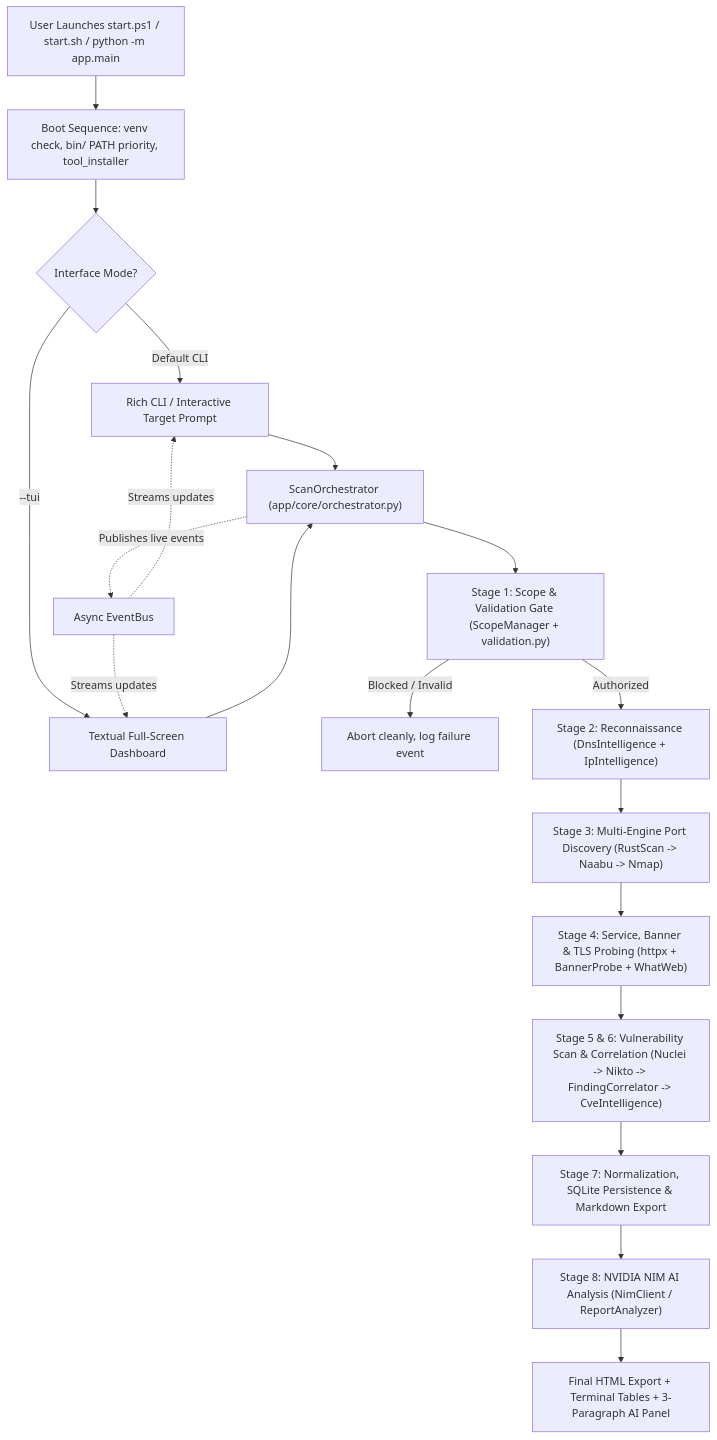
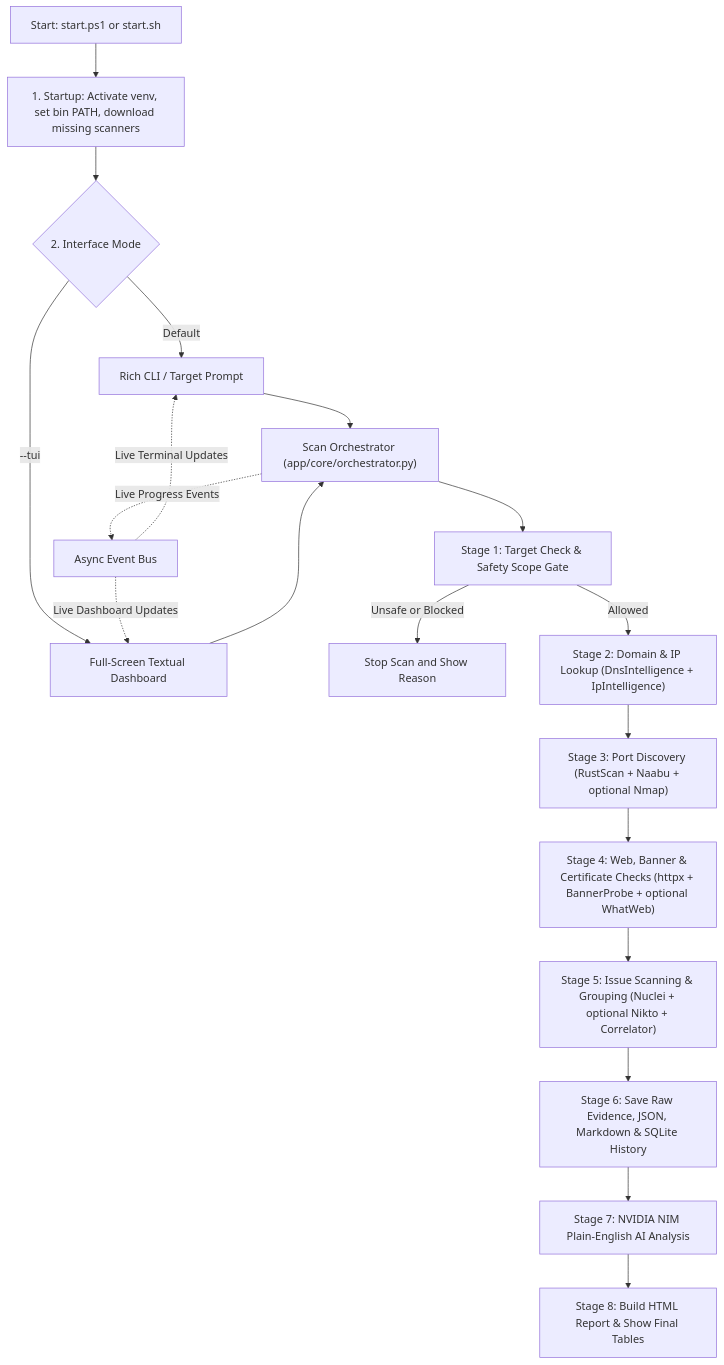
Before and after one commit to weanonymous01/RootScan: the diagram in README.md, drawn with Mermaid. The commit also changed other lines of this file, not shown here.

Commit message:
Simplify README with cleaner spacing, plain English, and AI overview example

````diff
--- a/README.md
+++ b/README.md
@@ -50,24 +78,26 @@
 ```mermaid
 flowchart TD
-    START["User Launches start.ps1 / start.sh / python -m app.main"] --> BOOT["Boot Sequence: venv check, bin/ PATH priority, tool_installer"]
-    BOOT --> MODE{"Interface Mode?"}
-    MODE -- "Default CLI" --> CLI["Rich CLI / Interactive Target Prompt"]
-    MODE -- "--tui" --> TUI["Textual Full-Screen Dashboard"]
-    CLI --> ORCH["ScanOrchestrator (app/core/orchestrator.py)"]
+    START["Start: start.ps1 or start.sh"] --> BOOT["1. Startup: Activate venv, set bin PATH, download missing scanners"]
+    BOOT --> UI{"2. Interface Mode"}
+
+    UI -- "Default" --> CLI["Rich CLI / Target Prompt"]
+    UI -- "--tui" --> TUI["Full-Screen Textual Dashboard"]
+
+    CLI --> ORCH["Scan Orchestrator (app/core/orchestrator.py)"]
     TUI --> ORCH
 
-    ORCH --> S1["Stage 1: Scope & Validation Gate (ScopeManager + validation.py)"]
-    S1 -- "Blocked / Invalid" --> REJECT["Abort cleanly, log failure event"]
-    S1 -- "Authorized" --> S2["Stage 2: Reconnaissance (DnsIntelligence + IpIntelligence)"]
+    ORCH --> S1["Stage 1: Target Check & Safety Scope Gate"]
+    S1 -- "Unsafe or Blocked" --> STOP["Stop Scan and Show Reason"]
+    S1 -- "Allowed" --> S2["Stage 2: Domain & IP Lookup (DnsIntelligence + IpIntelligence)"]
 
-    S2 --> S3["Stage 3: Multi-Engine Port Discovery (RustScan -> Naabu -> Nmap)"]
-    S3 --> S4["Stage 4: Service, Banner & TLS Probing (httpx + BannerProbe + WhatWeb)"]
-    S4 --> S5["Stage 5 & 6: Vulnerability Scan & Correlation (Nuclei -> Nikto -> FindingCorrelator -> CveIntelligence)"]
-    S5 --> S7["Stage 7: Normalization, SQLite Persistence & Markdown Export"]
-    S7 --> S8["Stage 8: NVIDIA NIM AI Analysis (NimClient / ReportAnalyzer)"]
-    S8 --> S9["Final HTML Export + Terminal Tables + 3-Paragraph AI Panel"]
+    S2 --> S3["Stage 3: Port Discovery (RustScan + Naabu + optional Nmap)"]
+    S3 --> S4["Stage 4: Web, Banner & Certificate Checks (httpx + BannerProbe + optional WhatWeb)"]
+    S4 --> S5["Stage 5: Issue Scanning & Grouping (Nuclei + optional Nikto + Correlator)"]
+    S5 --> S6["Stage 6: Save Raw Evidence, JSON, Markdown & SQLite History"]
+    S6 --> S7["Stage 7: NVIDIA NIM Plain-English AI Analysis"]
+    S7 --> DONE["Stage 8: Build HTML Report & Show Final Tables"]
 
-    ORCH -. "Publishes live events" .-> BUS["Async EventBus"]
-    BUS -. "Streams updates" .-> CLI
-    BUS -. "Streams updates" .-> TUI
+    ORCH -. "Live Progress Events" .-> BUS["Async Event Bus"]
+    BUS -. "Live Terminal Updates" .-> CLI
+    BUS -. "Live Dashboard Updates" .-> TUI
 ```
````
